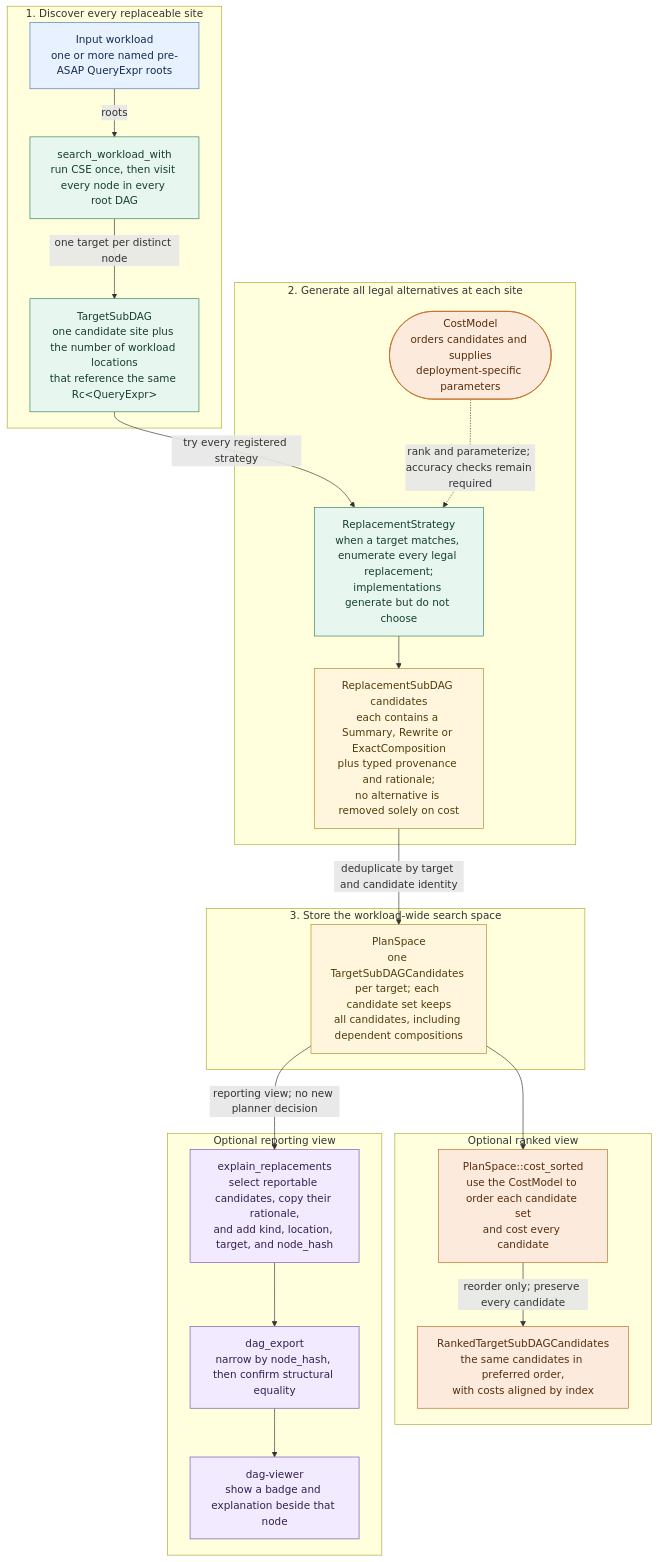
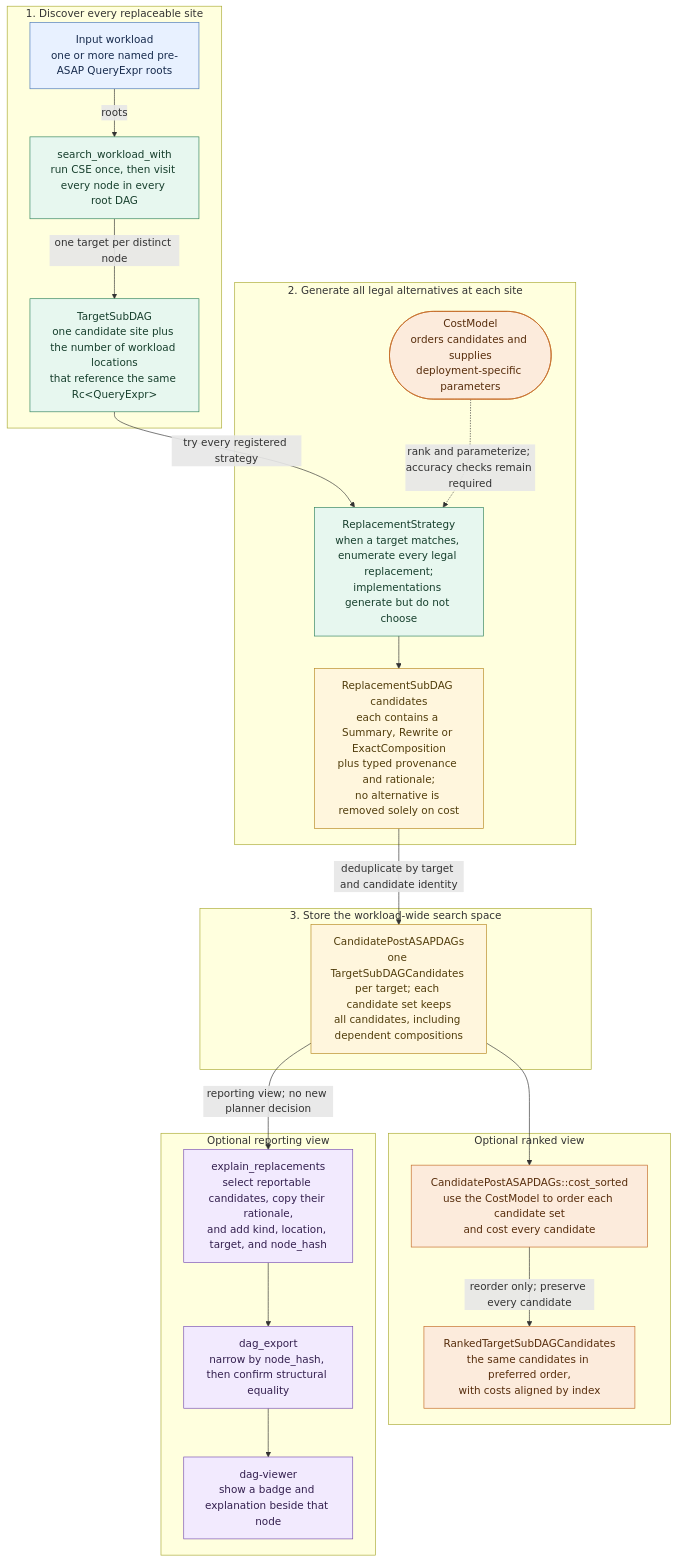
Before and after one commit to ProjectASAP/ASAPPlanner: the first of 2 diagrams in docs/develop_docs/asap-aware-mapping-architecture.md, drawn with Mermaid. The commit also changed other lines of this file and 35 other files, not shown here.

First line of the commit message:
refactor: rename PlanSpace to CandidatePostASAPDAGs

````diff
--- a/docs/develop_docs/asap-aware-mapping-architecture.md
+++ b/docs/develop_docs/asap-aware-mapping-architecture.md
@@ -80,41 +80,41 @@
 ```mermaid
 flowchart TB
   classDef input fill:#e8f1ff,stroke:#4b78b8,color:#172b4d
   classDef generate fill:#e7f7ef,stroke:#31835e,color:#173f2d
   classDef store fill:#fff6dd,stroke:#b78922,color:#513d0c
   classDef choose fill:#fcebdc,stroke:#c46a25,color:#572d0c
   classDef report fill:#f2eafe,stroke:#7950b3,color:#34204f
 
   subgraph DISCOVERY[1. Discover every replaceable site]
     WL["Input workload<br/>one or more named pre-ASAP QueryExpr roots"]:::input
     SEARCH["search_workload_with<br/>run CSE once, then visit every node in every root DAG"]:::generate
     TARGET["TargetSubDAG<br/>one candidate site plus the number of workload locations<br/>that reference the same Rc&lt;QueryExpr&gt;"]:::generate
     WL -->|"roots"| SEARCH -->|"one target per distinct node"| TARGET
   end
 
   subgraph GENERATION[2. Generate all legal alternatives at each site]
     STRATEGY["ReplacementStrategy<br/>when a target matches, enumerate every legal replacement;<br/>implementations generate but do not choose"]:::generate
     CAND["ReplacementSubDAG candidates<br/>each contains a Summary, Rewrite or ExactComposition<br/>plus typed provenance and rationale;<br/>no alternative is removed solely on cost"]:::store
     TARGET -->|"try every registered strategy"| STRATEGY --> CAND
     CM(["CostModel<br/>orders candidates and supplies<br/>deployment-specific parameters"]):::choose
     CM -. "rank and parameterize; accuracy checks remain required" .-> STRATEGY
   end
 
   subgraph SEARCHSPACE[3. Store the workload-wide search space]
-    SPACE["PlanSpace<br/>one TargetSubDAGCandidates per target; each candidate set keeps<br/>all candidates, including dependent compositions"]:::store
+    SPACE["CandidatePostASAPDAGs<br/>one TargetSubDAGCandidates per target; each candidate set keeps<br/>all candidates, including dependent compositions"]:::store
     CAND -->|"deduplicate by target and candidate identity"| SPACE
   end
 
   subgraph RANKING[Optional ranked view]
-    SORT["PlanSpace::cost_sorted<br/>use the CostModel to order each candidate set<br/>and cost every candidate"]:::choose
+    SORT["CandidatePostASAPDAGs::cost_sorted<br/>use the CostModel to order each candidate set<br/>and cost every candidate"]:::choose
     RANKED["RankedTargetSubDAGCandidates<br/>the same candidates in preferred order,<br/>with costs aligned by index"]:::choose
     SPACE --> SORT -->|"reorder only; preserve every candidate"| RANKED
   end
 
   subgraph REPORTING[Optional reporting view]
     EXPLAIN["explain_replacements<br/>select reportable candidates, copy their rationale,<br/>and add kind, location, target, and node_hash"]:::report
     EXPORT["dag_export<br/>narrow by node_hash, then confirm structural equality"]:::report
     VIEWER["dag-viewer<br/>show a badge and explanation beside that node"]:::report
     SPACE -->|"reporting view; no new planner decision"| EXPLAIN --> EXPORT --> VIEWER
   end
 ```
````
